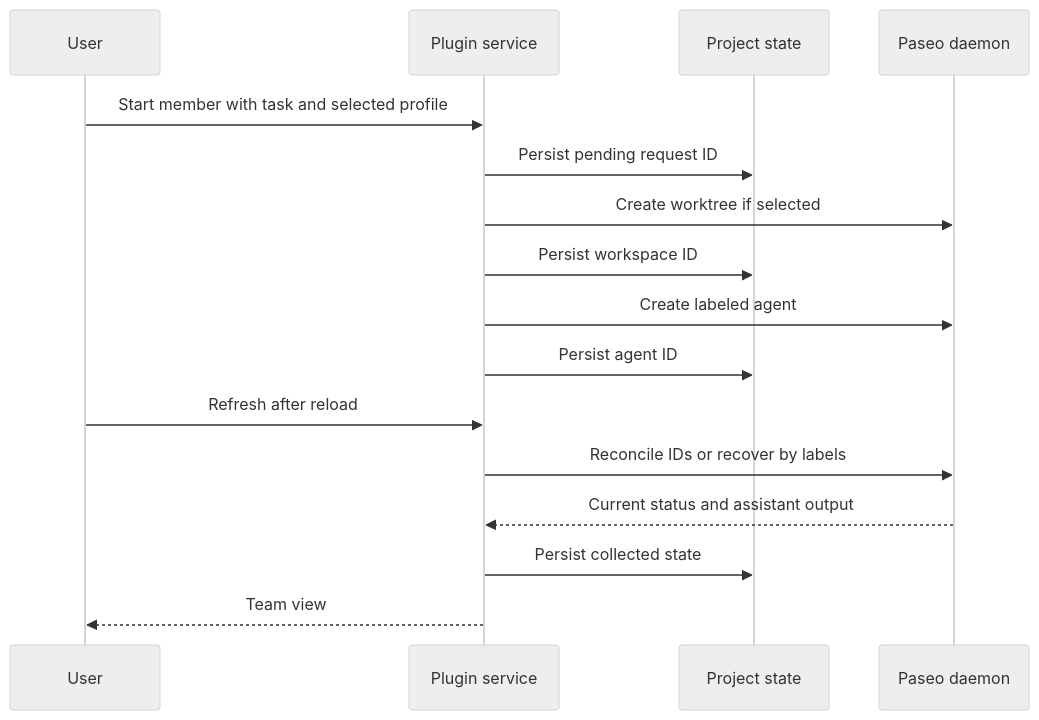
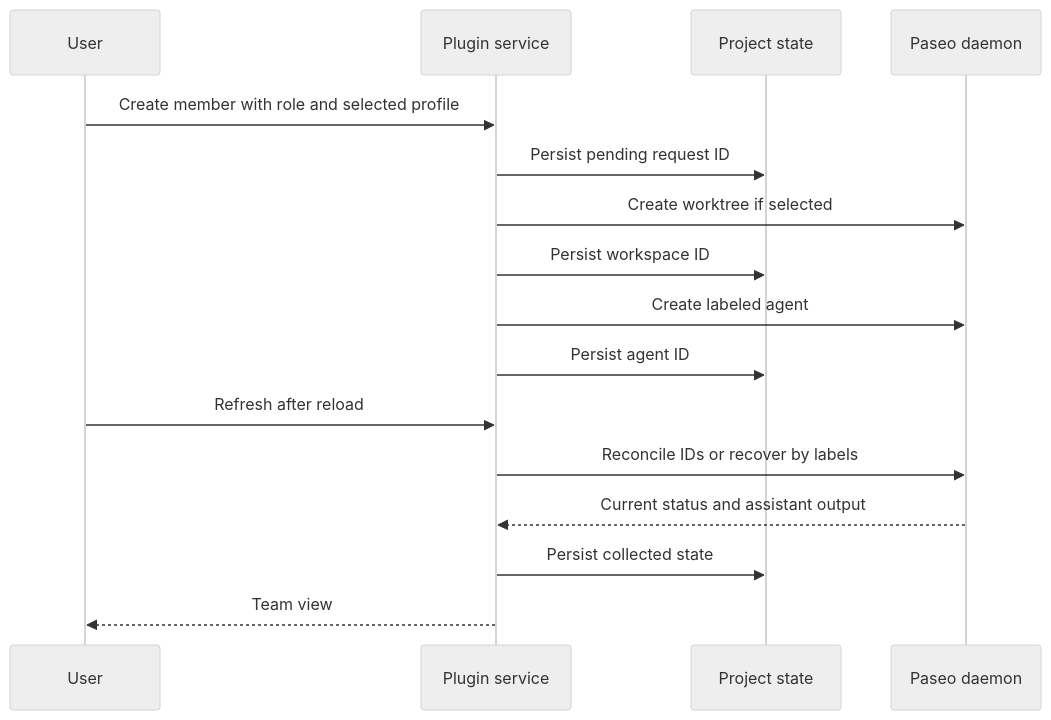
The fifth of 5 diagrams in docs/architecture.md (lixw1994/paseo-agent-team), drawn with Mermaid (neutral theme) before and after one commit. The commit also changed other lines of this file and 89 other files, not shown here.

````diff
--- a/docs/architecture.md
+++ b/docs/architecture.md
@@ -57,18 +116,18 @@
 ```mermaid
 sequenceDiagram
     participant U as User
     participant P as Plugin service
     participant F as Project state
     participant D as Paseo daemon
-    U->>P: Start member with task and selected profile
+    U->>P: Create member with role and selected profile
     P->>F: Persist pending request ID
     P->>D: Create worktree if selected
     P->>F: Persist workspace ID
     P->>D: Create labeled agent
     P->>F: Persist agent ID
     U->>P: Refresh after reload
     P->>D: Reconcile IDs or recover by labels
     D-->>P: Current status and assistant output
     P->>F: Persist collected state
     P-->>U: Team view
 ```
````
